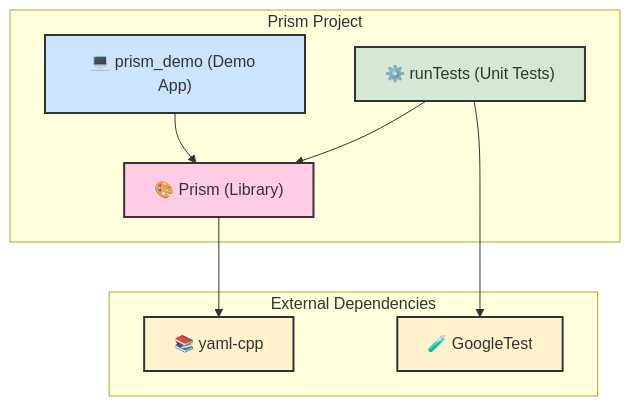
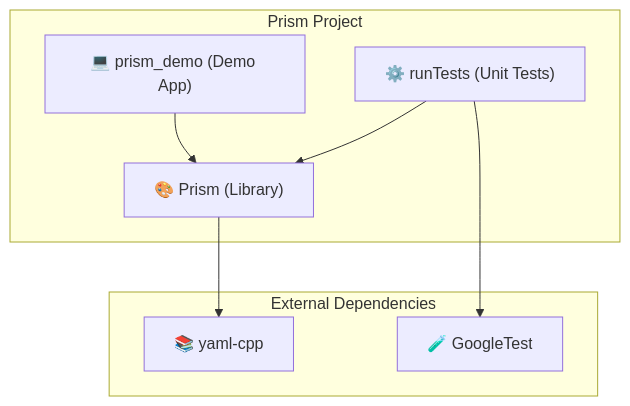
Before and after one commit to CS-LucasGuimaraes/PG: the first of 5 diagrams in ARCHITECTURE.md, drawn with Mermaid. The commit also changed other lines of this file and 45 other files, not shown here.

````diff
--- a/ARCHITECTURE.md
+++ b/ARCHITECTURE.md
@@ -9,24 +11,18 @@
 ```mermaid
 graph TD;
     subgraph "External Dependencies"
         YAML_CPP["📚 yaml-cpp"];
         GTEST["🧪 GoogleTest"];
     end
 
     subgraph "Prism Project"
         DEMO["💻 prism_demo (Demo App)"];
         PRISM_LIB["🎨 Prism (Library)"];
         TESTS["⚙️ runTests (Unit Tests)"];
     end
 
     DEMO --> PRISM_LIB;
     TESTS --> PRISM_LIB;
     TESTS --> GTEST;
     PRISM_LIB --> YAML_CPP;
-
-    style DEMO fill:#cce5ff,stroke:#333,stroke-width:2px;
-    style TESTS fill:#d5e8d4,stroke:#333,stroke-width:2px;
-    style PRISM_LIB fill:#ffcce5,stroke:#333,stroke-width:2px;
-    style YAML_CPP fill:#fff2cc,stroke:#333,stroke-width:2px;
-    style GTEST fill:#fff2cc,stroke:#333,stroke-width:2px;
 ```
````
